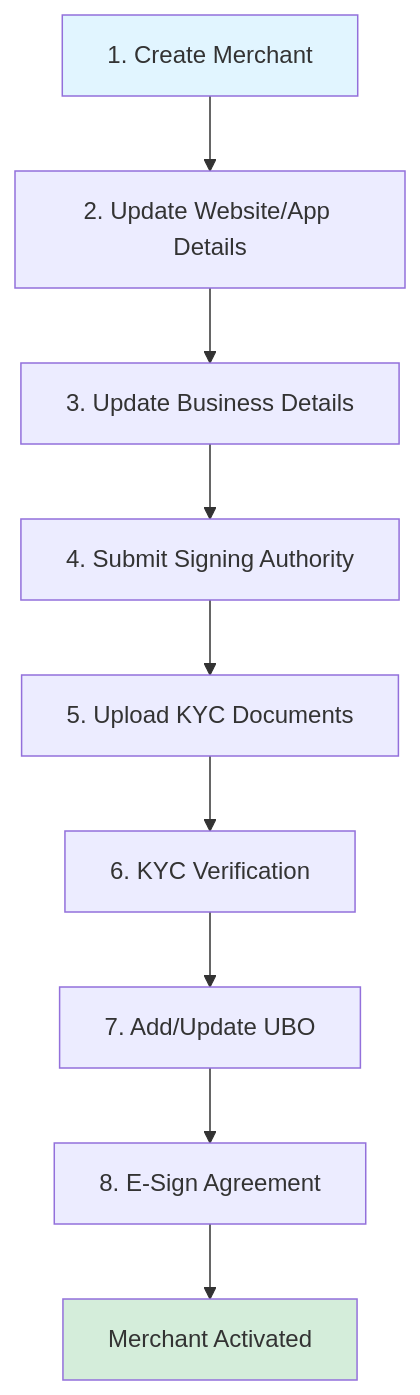
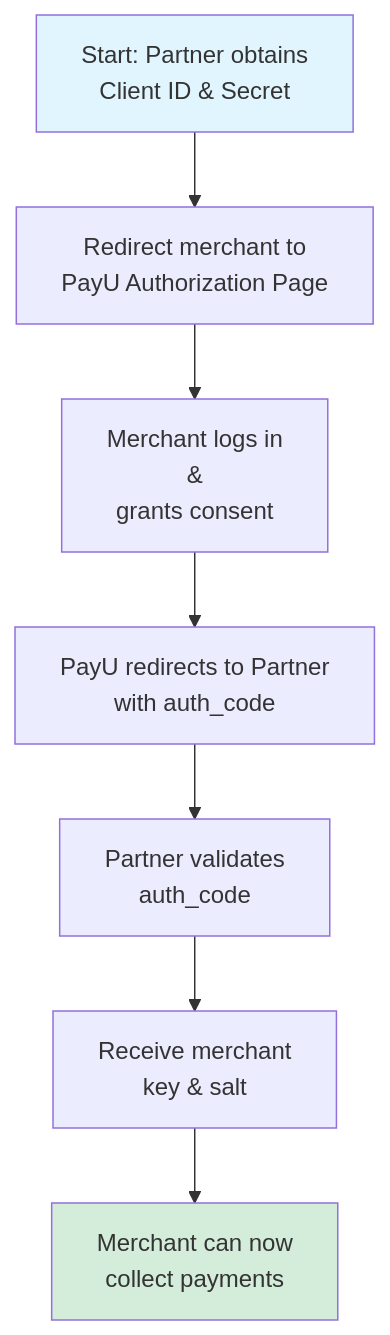
Before and after one commit to payu-india/CMS-Chatbot: the diagram in docs/partners/quick-start-partner-integration/index.md, drawn with Mermaid. The commit also changed other lines of this file, not shown here.

Commit message:
Update doc `quick-start-partner-integration`

````diff
--- a/docs/partners/quick-start-partner-integration/index.md
+++ b/docs/partners/quick-start-partner-integration/index.md
@@ -12,14 +22,12 @@
 ```mermaid
 flowchart TD
-    A[1. Create Merchant] --> B[2. Update Website/App Details]
-    B --> C[3. Update Business Details]
-    C --> D[4. Submit Signing Authority]
-    D --> E[5. Upload KYC Documents]
-    E --> F[6. KYC Verification]
-    F --> G[7. Add/Update UBO]
-    G --> H[8. E-Sign Agreement]
-    H --> I[Merchant Activated]
+    A[Start: Partner obtains <br> Client ID & Secret] --> B[Redirect merchant to <br> PayU Authorization Page]
+    B --> C[Merchant logs in <br> & <br> grants consent]
+    C --> D[PayU redirects to Partner <br> with auth_code]
+    D --> E[Partner validates <br> auth_code]
+    E --> F[Receive merchant <br> key & salt]
+    F --> G[Merchant can now <br> collect payments]
     
     style A fill:#e1f5ff
-    style I fill:#d4edda
+    style G fill:#d4edda
 ```
````
